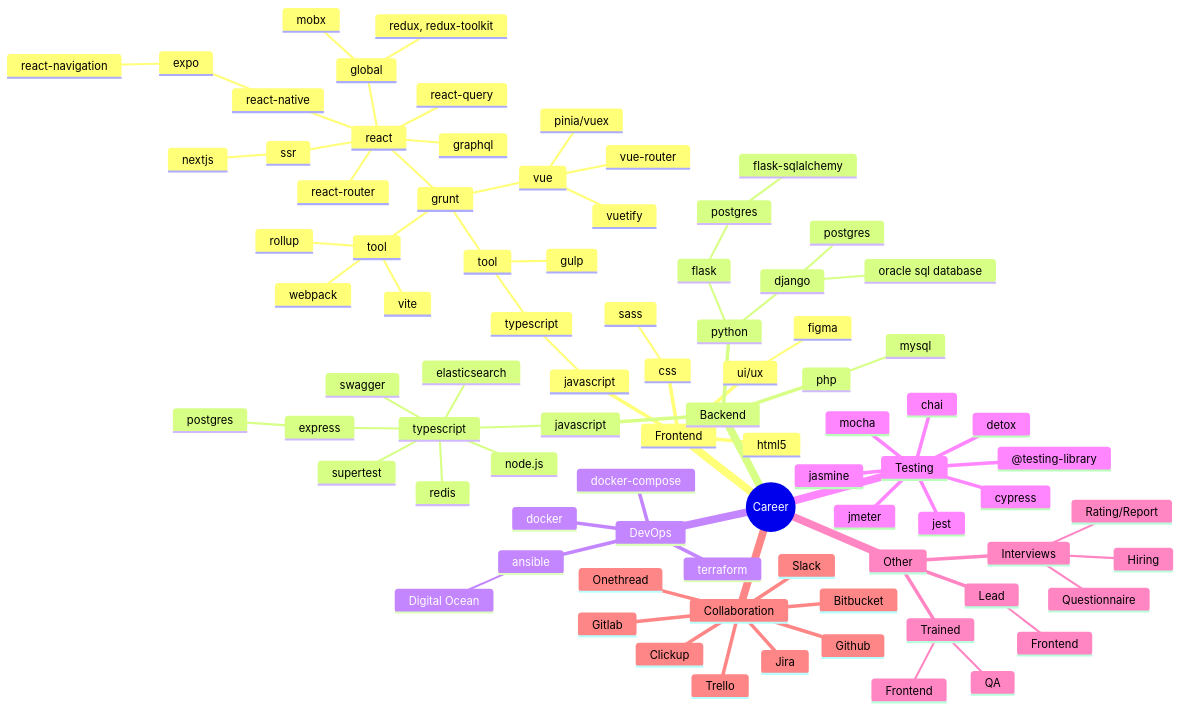
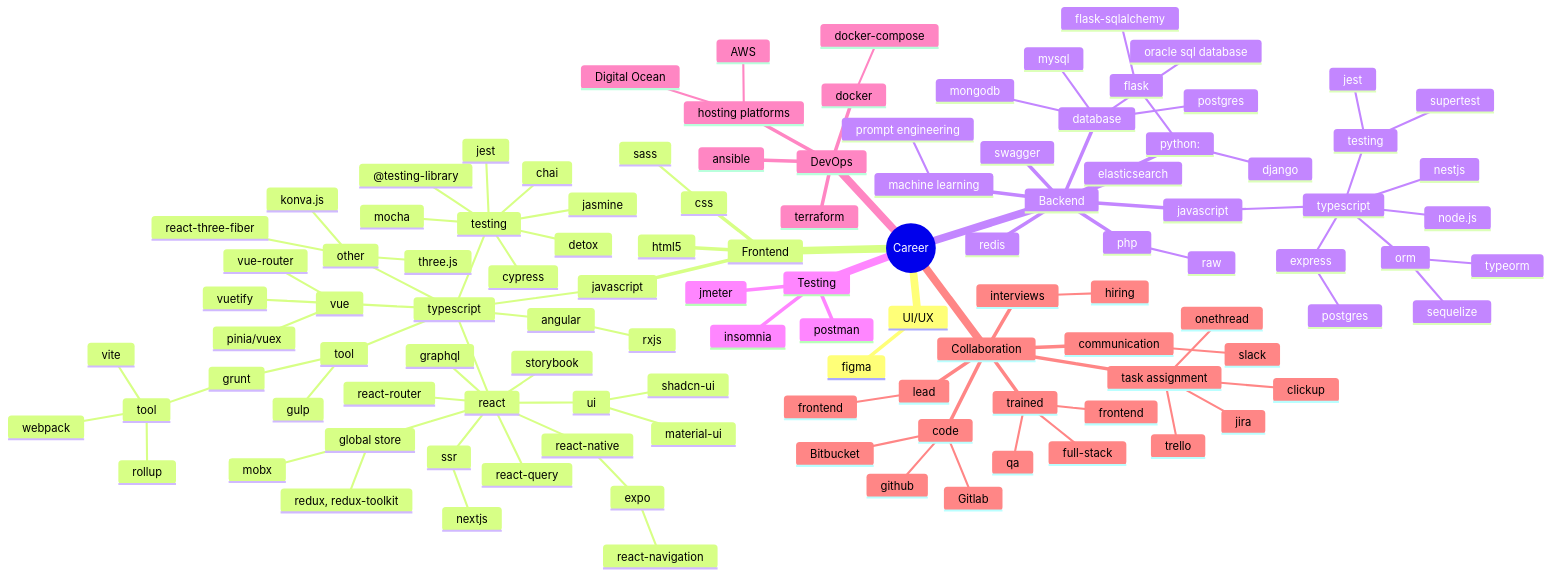
One commit to mp5maker/mp5maker changed the diagram in highlight.md. Above: the diagram before and after it, drawn with Mermaid. The commit also changed 2 other files, not shown here.

Commit message:
:memo: doc: updated the skillset

````diff
--- a/highlight.md
+++ b/highlight.md
@@ -1,10 +1,10 @@
 ```mermaid
 mindmap
 root((Career))
+  UI/UX
+    figma
+    ::icon(fa-brands fa-figma)
   Frontend
-    ui/ux
-      figma
-      ::icon(fa-brands fa-figma)
     html5
     ::icon(fa-brands fa-html5)
     css
@@ -14,6 +14,31 @@
     javascript
     ::icon(fa-brands fa-js)
       typescript
+        react
+        ::icon(fa-brands fa-react)
+          global store
+            redux, redux-toolkit
+            mobx
+          react-router
+          react-query
+          ssr
+            nextjs
+          ui
+            material-ui
+            shadcn-ui
+          graphql
+          react-native
+            expo
+              react-navigation
+          storybook
+        vue
+        ::icon(fa-brands fa-vuejs)
+          pinia/vuex
+          vue-router
+          vuetify
+        angular
+        ::icon(fa-brands fa-angular)
+          rxjs
         tool
           gulp
           ::icon(fa-brands fa-gulp)
@@ -23,24 +48,18 @@
               webpack
               rollup
               vite
-            react
-            ::icon(fa-brands fa-react)
-              global
-                redux, redux-toolkit
-                mobx
-              react-router
-              react-query
-              ssr
-                nextjs
-              graphql
-              react-native
-                expo
-                  react-navigation
-            vue
-            ::icon(fa-brands fa-vuejs)
-              pinia/vuex
-              vue-router
-              vuetify
+        testing
+          jasmine
+          chai
+          mocha
+          jest
+          @testing-library
+          cypress
+          detox
+        other
+          konva.js
+          react-three-fiber
+          three.js
 
   Backend
     javascript
@@ -51,65 +70,71 @@
         express
           postgres
           ::icon(fa-solid fa-database)
-        redis
-        elasticsearch
-        swagger
-        supertest
-    python
-    ::icon(fa-brands fa-python)
+        nestjs
+        orm
+          sequelize
+          typeorm
+        testing
+          supertest
+          jest
+    python:
+      ::icon(fa-brands fa-python)
       flask
-          postgres
-          ::icon(fa-solid fa-database)
-            flask-sqlalchemy
+        flask-sqlalchemy
       django
-          postgres
-          ::icon(fa-solid fa-database)
-          oracle sql database
-          ::icon(fa-solid fa-database)
     php
     ::icon(fa-brands fa-php)
+      raw
+    database
+      postgres
+      oracle sql database
       mysql
-      ::icon(fa-solid fa-database)
+      mongodb
+    redis
+    elasticsearch
+    swagger
+    machine learning
+      prompt engineering
+
+  Testing
+    postman
+    insomnia
+    jmeter
 
   DevOps
+    terraform
+    ansible
     docker
     ::icon(fa-brands fa-docker)
-    docker-compose
-    ::icon(fa-brands fa-docker)
-    terraform
-    ansible
+      docker-compose
+      ::icon(fa-brands fa-docker)
+    hosting platforms
       Digital Ocean
       ::icon(fa-brands fa-digital-ocean)
-
-  Testing
-    jasmine
-    chai
-    mocha
-    jest
-    @testing-library
-    cypress
-    jmeter
-    detox
-
-  Other
-    Interviews
-      Hiring
-      Rating/Report
-      Questionnaire
-    Lead
-      Frontend
-    Trained
-      Frontend
-      QA
+      AWS
+      ::icon(fa-brands fa-aws)
 
   Collaboration
-    Clickup
-    Jira
-    Slack
-    Onethread
-    Trello
-    Github
-    ::icon(fa-brands fa-git)
-    Gitlab
-    Bitbucket
+    interviews
+      hiring
+    lead
+      frontend
+    trained
+      frontend
+      qa
+      full-stack
+    task assignment
+      jira
+      clickup
+      trello
+      onethread
+    communication
+      slack
+    code
+      github
+      ::icon(fa-brands fa-git)
+      Gitlab
+      ::icon(fa-brands fa-gitlab)
+      Bitbucket
+      ::icon(fa-brands fa-bitbucket)
 ```
````
